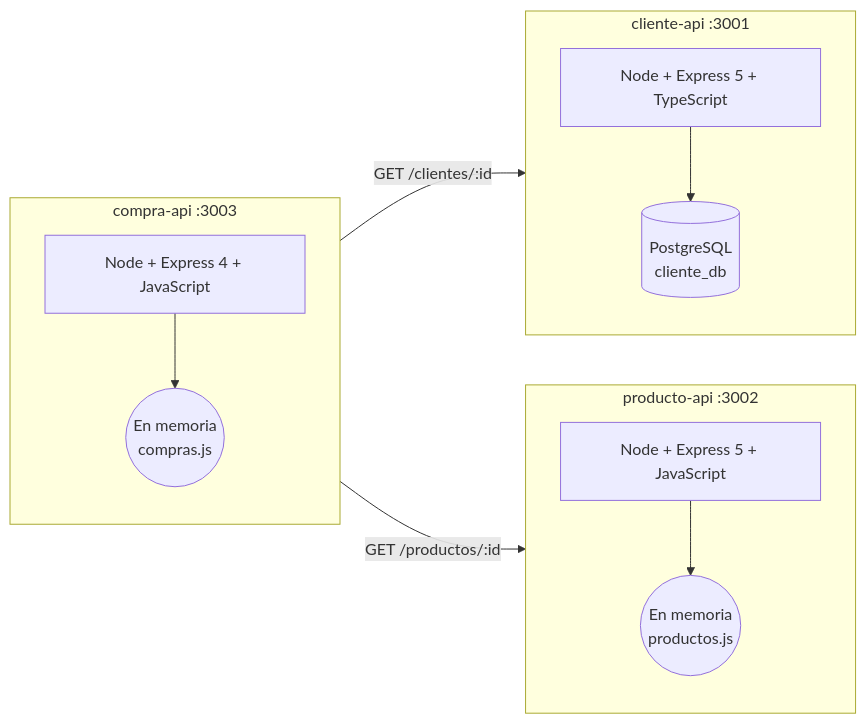
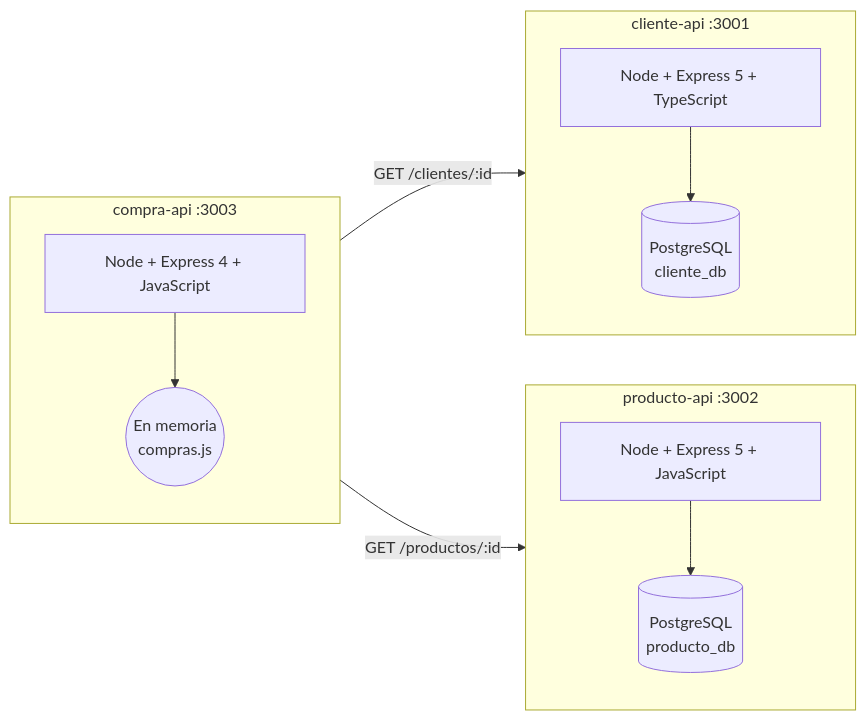
Before and after one commit to LordGuafa/taller-microservicios: the diagram in README.md, drawn with Mermaid. The commit also changed other lines of this file and 6 other files, not shown here.

````diff
--- a/README.md
+++ b/README.md
@@ -28,23 +28,23 @@
 ```mermaid
 flowchart LR
     subgraph cliente["cliente-api :3001"]
         C[Node + Express 5 + TypeScript]
         CDB[(PostgreSQL<br/>cliente_db)]
         C --> CDB
     end
 
     subgraph producto["producto-api :3002"]
         P[Node + Express 5 + JavaScript]
-        PD((En memoria<br/>productos.js))
+      PD[(PostgreSQL<br/>producto_db)]
         P --> PD
     end
 
     subgraph compra["compra-api :3003"]
         CO[Node + Express 4 + JavaScript]
         CD((En memoria<br/>compras.js))
         CO --> CD
     end
 
     compra -- "GET /clientes/:id" --> cliente
     compra -- "GET /productos/:id" --> producto
 ```
````
